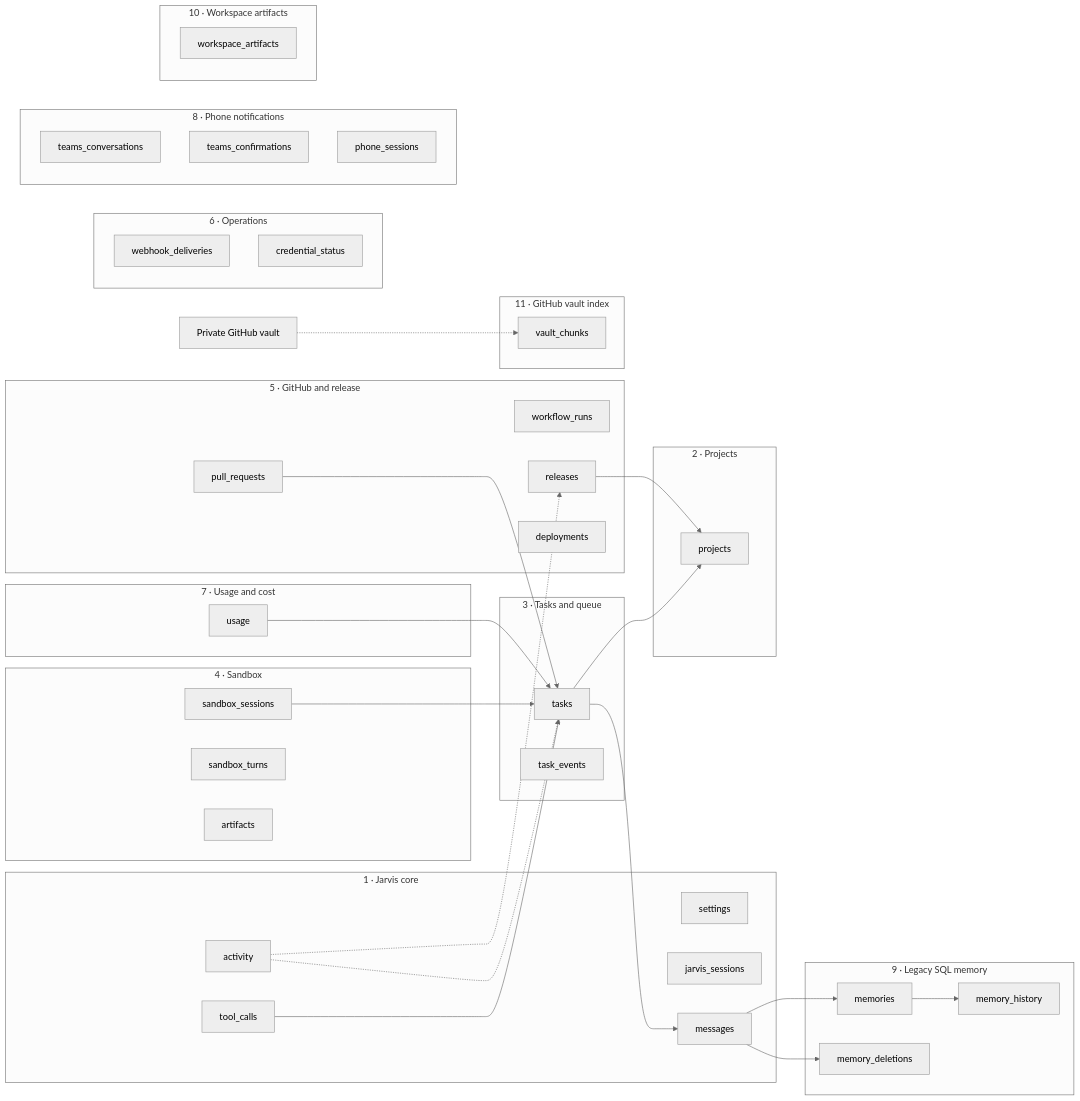
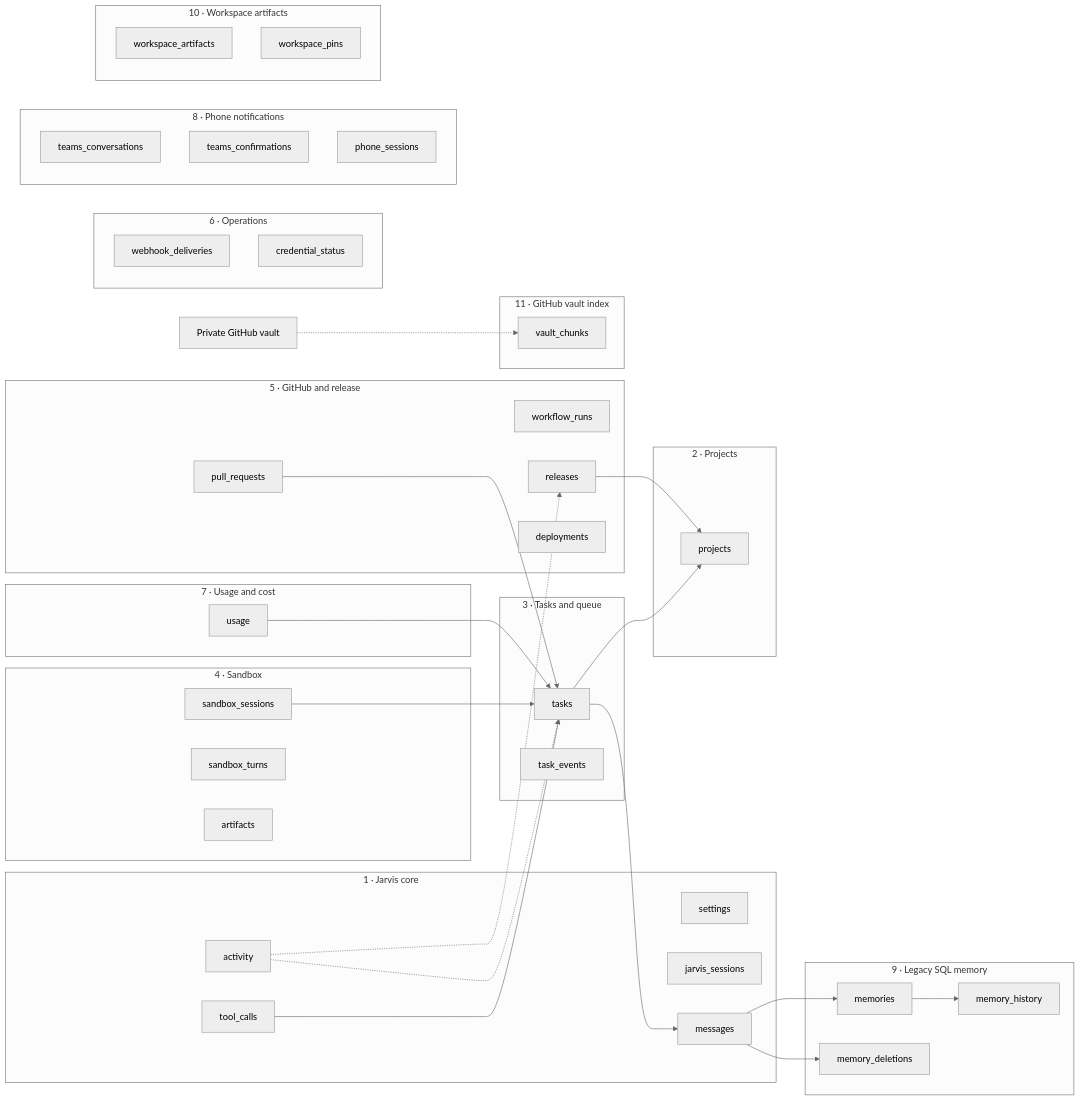
Before and after one commit to DanAakesen/jarvis: the first of 9 diagrams in docs/data-model.md, drawn with Mermaid (neutral theme). The commit also changed other lines of this file and 16 other files, not shown here.

````diff
--- a/docs/data-model.md
+++ b/docs/data-model.md
@@ -104,64 +108,65 @@
 ```mermaid
 flowchart LR
     subgraph CORE["1 · Jarvis core"]
         settings
         jarvis_sessions
         messages
         tool_calls
         activity
     end
     subgraph PROJ["2 · Projects"]
         projects
     end
     subgraph TASK["3 · Tasks and queue"]
         tasks
         task_events
     end
     subgraph SANDBOX["4 · Sandbox"]
         sandbox_sessions
         sandbox_turns
         artifacts
     end
     subgraph REL["5 · GitHub and release"]
         pull_requests
         workflow_runs
         releases
         deployments
     end
     subgraph USE["7 · Usage and cost"]
         usage
     end
     subgraph MEMORY["9 · Legacy SQL memory"]
         memories
         memory_history
         memory_deletions
     end
     subgraph VAULT["11 · GitHub vault index"]
         vault_chunks
     end
     vault_repo["Private GitHub vault"] -.-> vault_chunks
     subgraph OPS["6 · Operations"]
         webhook_deliveries
         credential_status
     end
     subgraph PHONE["8 · Phone notifications"]
         teams_conversations
         teams_confirmations
         phone_sessions
     end
     subgraph WORKSPACE["10 · Workspace artifacts"]
         workspace_artifacts
+        workspace_pins
     end
     tool_calls --> tasks
     tasks --> projects
     sandbox_sessions --> tasks
     pull_requests --> tasks
     releases --> projects
     activity -.-> tasks
     activity -.-> releases
     usage --> tasks
     tasks --> messages
     messages --> memories
     memories --> memory_history
     messages --> memory_deletions
 ```
````
